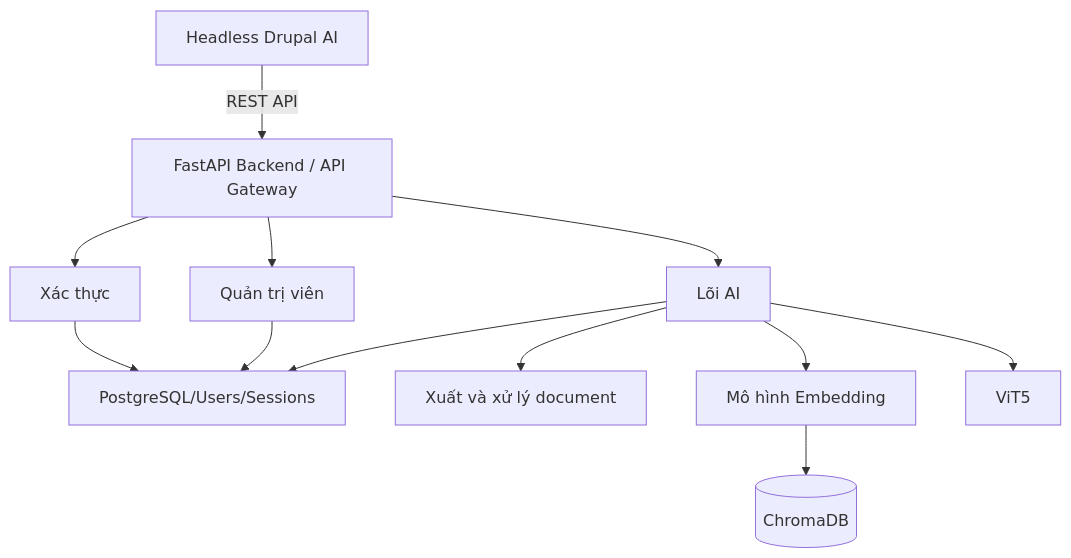
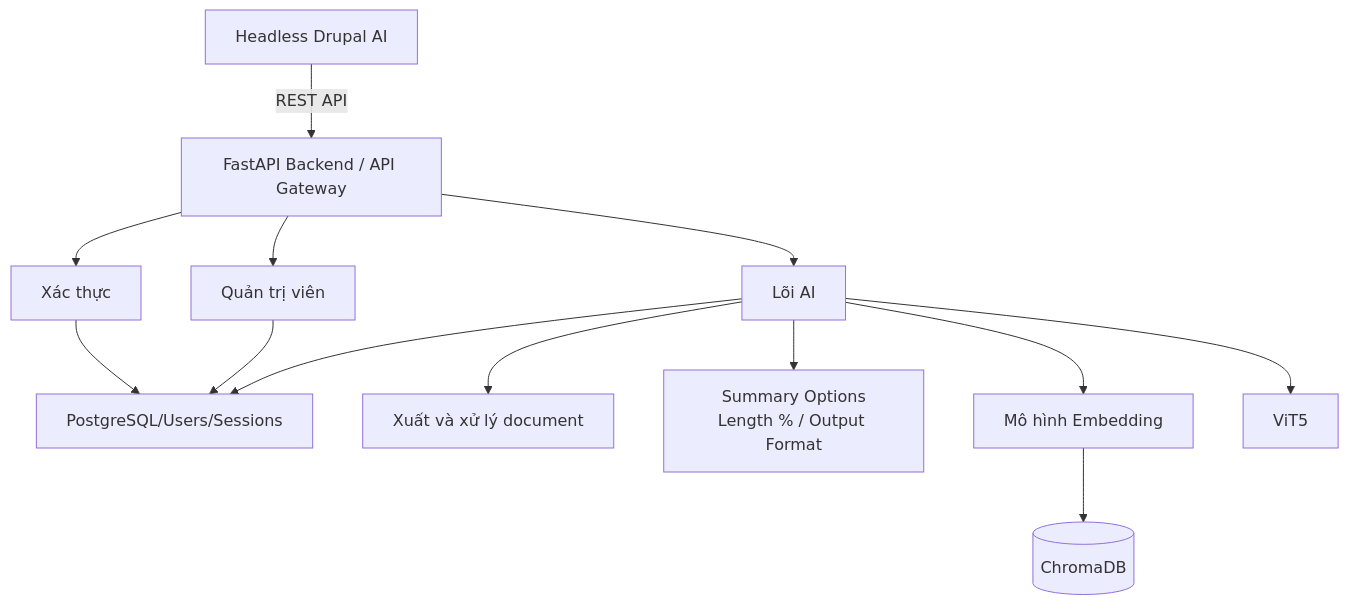
Before and after one commit to kienng221105/Summarize-Vietnamese-Text: the first of 7 diagrams in README.md, drawn with Mermaid. The commit also changed other lines of this file and 42 other files, not shown here.

Commit message:
Update folder structure, remove chat feature, update architecture

````diff
--- a/README.md
+++ b/README.md
@@ -15,27 +9,22 @@
 ```mermaid
-
 flowchart TD
 
-  Client[Headless Drupal AI] -->|REST API| API[FastAPI Backend / API Gateway]
+  Client[Headless Drupal AI] -->|REST API| API[FastAPI Backend / API Gateway]
 
-  API --> Auth[Xác thực]
+  API --> Auth[Xác thực]
+  API --> Admin[Quản trị viên]
+  API --> Core[Lõi AI]
 
-  API --> Admin[Quản trị viên]
+  Auth --> RDB[PostgreSQL/Users/Sessions]
+  Admin --> RDB
 
-  API --> Core[Lõi AI]
+  Core --> RDB
+  Core --> ExtProcessor[Xuất và xử lý document]
 
-  Auth --> RDB[PostgreSQL/Users/Sessions]
+  Core --> Options[Summary Options<br/>Length % / Output Format]
 
-  Admin --> RDB
+  Core --> Embed[Mô hình Embedding]
+  Embed --> VDB[(ChromaDB)]
 
-  Core --> RDB
-
-  Core --> ExtProcessor[Xuất và xử lý document]
-
-  Core --> Embed[Mô hình Embedding]
-
-  Embed --> VDB[(ChromaDB)]
-
-  Core --> ViT5[ViT5]
-
+  Core --> ViT5[ViT5]
 ```
````
